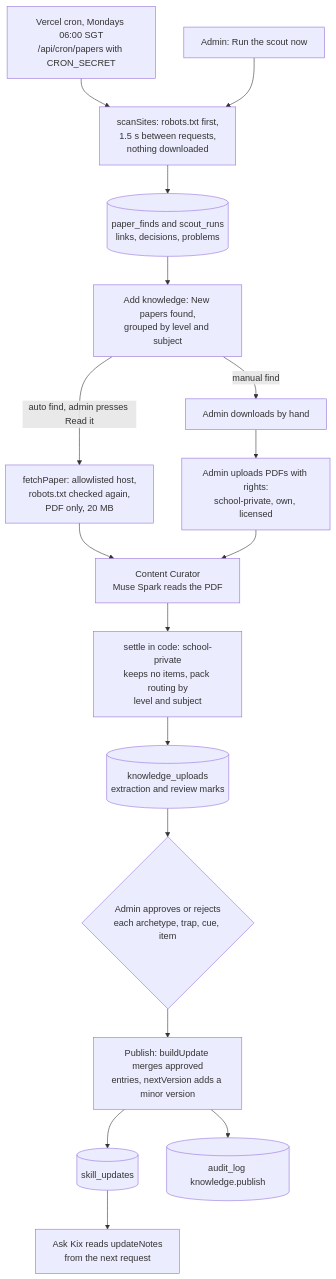
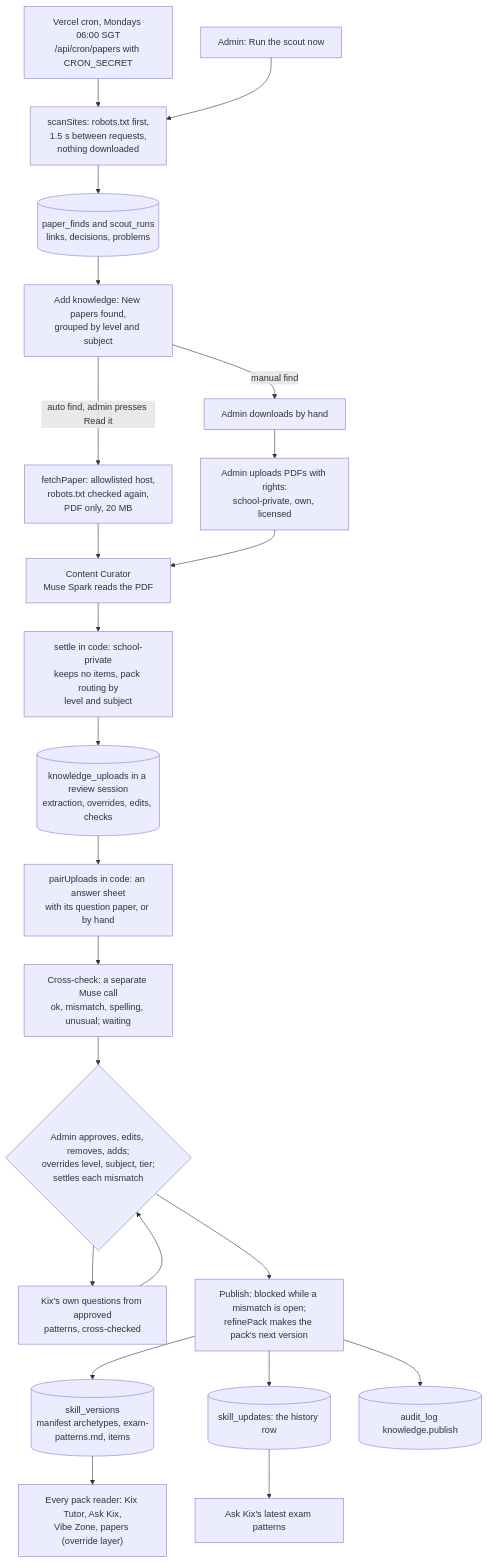
One commit to cyyeong/mykx changed the fourth of 8 diagrams in docs/ARCHITECTURE.md. Above: the diagram before and after it, drawn with Mermaid. The commit also changed other lines of this file and 64 other files, not shown here.

````diff
--- a/docs/ARCHITECTURE.md
+++ b/docs/ARCHITECTURE.md
@@ -563,19 +582,25 @@
 ```mermaid
 flowchart TD
   CRON["Vercel cron, Mondays 06:00 SGT<br/>/api/cron/papers with CRON_SECRET"] --> SCAN["scanSites: robots.txt first,<br/>1.5 s between requests,<br/>nothing downloaded"]
   RUNNOW["Admin: Run the scout now"] --> SCAN
   SCAN --> FINDS[("paper_finds and scout_runs<br/>links, decisions, problems")]
   FINDS --> NEWP["Add knowledge: New papers found,<br/>grouped by level and subject"]
   NEWP -->|auto find, admin presses Read it| FETCH["fetchPaper: allowlisted host,<br/>robots.txt checked again,<br/>PDF only, 20 MB"]
   NEWP -->|manual find| HAND["Admin downloads by hand"]
   HAND --> UPLOAD["Admin uploads PDFs with rights:<br/>school-private, own, licensed"]
   FETCH --> CUR["Content Curator<br/>Muse Spark reads the PDF"]
   UPLOAD --> CUR
   CUR --> SETTLE["settle in code: school-private<br/>keeps no items, pack routing by<br/>level and subject"]
-  SETTLE --> UP[("knowledge_uploads<br/>extraction and review marks")]
-  UP --> REVIEW{"Admin approves or rejects<br/>each archetype, trap, cue, item"}
-  REVIEW --> PUBLISH["Publish: buildUpdate merges approved<br/>entries, nextVersion adds a minor version"]
-  PUBLISH --> SU[("skill_updates")]
-  SU --> ASKKIX["Ask Kix reads updateNotes<br/>from the next request"]
+  SETTLE --> UP[("knowledge_uploads in a review session<br/>extraction, overrides, edits, checks")]
+  UP --> PAIR["pairUploads in code: an answer sheet<br/>with its question paper, or by hand"]
+  PAIR --> CHECK["Cross-check: a separate Muse call<br/>ok, mismatch, spelling, unusual; waiting"]
+  CHECK --> REVIEW{"Admin approves, edits, removes, adds;<br/>overrides level, subject, tier;<br/>settles each mismatch"}
+  REVIEW --> KIX["Kix's own questions from approved<br/>patterns, cross-checked"]
+  KIX --> REVIEW
+  REVIEW --> PUBLISH["Publish: blocked while a mismatch is open;<br/>refinePack makes the pack's next version"]
+  PUBLISH --> SV[("skill_versions<br/>manifest archetypes, exam-patterns.md, items")]
+  SV --> RUNTIME["Every pack reader: Kix Tutor, Ask Kix,<br/>Vibe Zone, papers (override layer)"]
+  PUBLISH --> SU[("skill_updates: the history row")]
+  SU --> ASKKIX["Ask Kix's latest exam patterns"]
   PUBLISH --> AUDIT[("audit_log knowledge.publish")]
 ```
````
